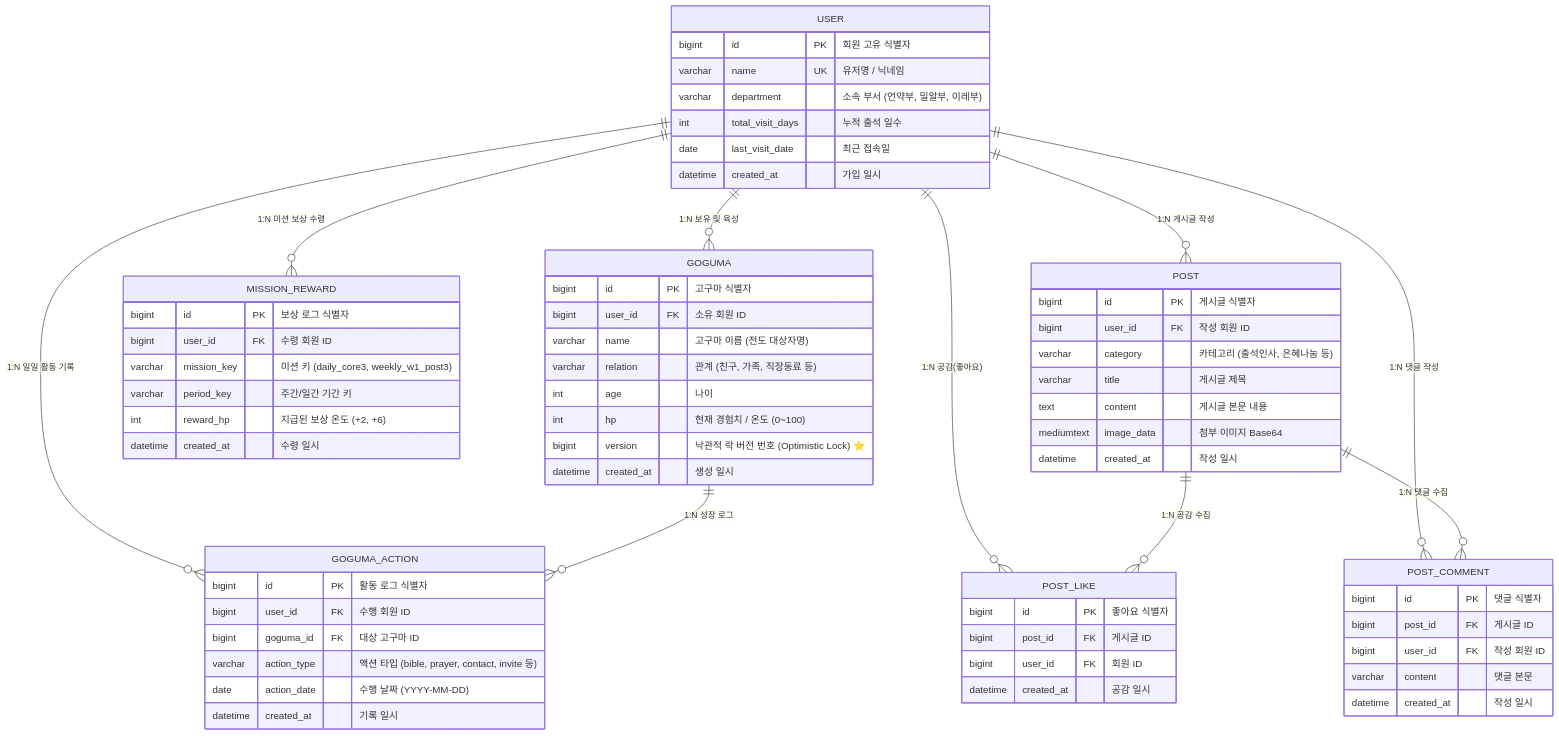
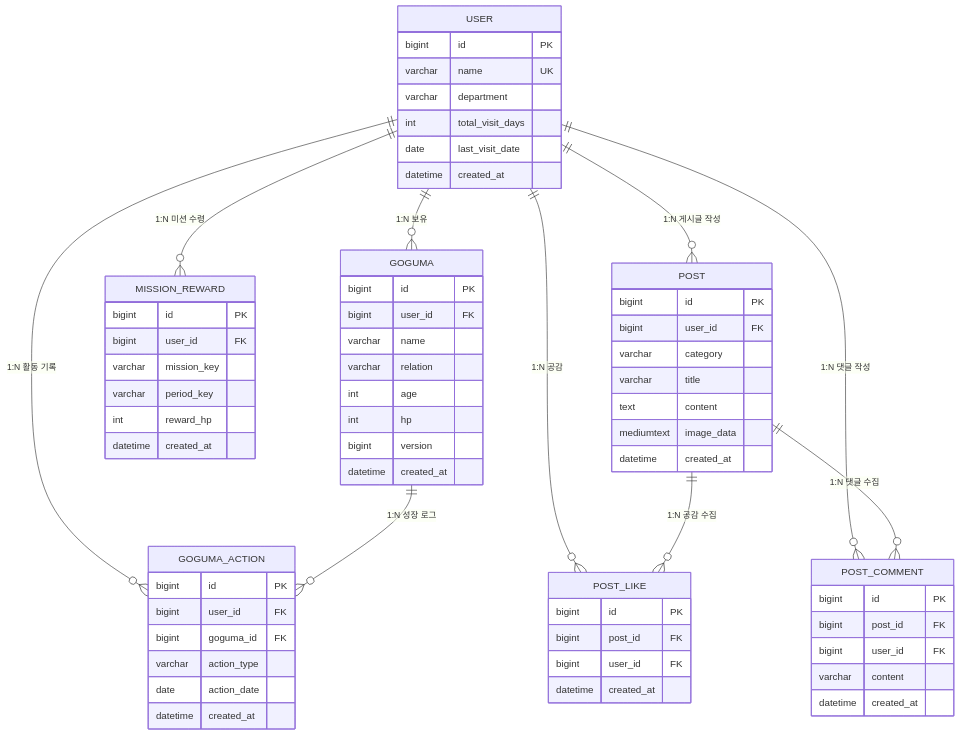
Before and after one commit to 1928704-afk/gugu: the second of 2 diagrams in README.md, drawn with Mermaid. The commit also changed other lines of this file, not shown here.

Commit message:
fix(docs): quote edge labels and sanitize ERD attributes in Mermaid diagrams

````diff
--- a/README.md
+++ b/README.md
@@ -60,75 +60,75 @@
 ```mermaid
 erDiagram
-    USER ||--o{ GOGUMA : "1:N 보유 및 육성"
-    USER ||--o{ GOGUMA_ACTION : "1:N 일일 활동 기록"
-    USER ||--o{ MISSION_REWARD : "1:N 미션 보상 수령"
+    USER ||--o{ GOGUMA : "1:N 보유"
+    USER ||--o{ GOGUMA_ACTION : "1:N 활동 기록"
+    USER ||--o{ MISSION_REWARD : "1:N 미션 수령"
     USER ||--o{ POST : "1:N 게시글 작성"
-    USER ||--o{ POST_LIKE : "1:N 공감(좋아요)"
+    USER ||--o{ POST_LIKE : "1:N 공감"
     USER ||--o{ POST_COMMENT : "1:N 댓글 작성"
     GOGUMA ||--o{ GOGUMA_ACTION : "1:N 성장 로그"
     POST ||--o{ POST_LIKE : "1:N 공감 수집"
     POST ||--o{ POST_COMMENT : "1:N 댓글 수집"
 
     USER {
-        bigint id PK "회원 고유 식별자"
-        varchar name UK "유저명 / 닉네임"
-        varchar department "소속 부서 (언약부, 밀알부, 이레부)"
-        int total_visit_days "누적 출석 일수"
-        date last_visit_date "최근 접속일"
-        datetime created_at "가입 일시"
+        bigint id PK
+        varchar name UK
+        varchar department
+        int total_visit_days
+        date last_visit_date
+        datetime created_at
     }
 
     GOGUMA {
-        bigint id PK "고구마 식별자"
-        bigint user_id FK "소유 회원 ID"
-        varchar name "고구마 이름 (전도 대상자명)"
-        varchar relation "관계 (친구, 가족, 직장동료 등)"
-        int age "나이"
-        int hp "현재 경험치 / 온도 (0~100)"
-        bigint version "낙관적 락 버전 번호 (Optimistic Lock) ⭐"
-        datetime created_at "생성 일시"
+        bigint id PK
+        bigint user_id FK
+        varchar name
+        varchar relation
+        int age
+        int hp
+        bigint version
+        datetime created_at
     }
 
     GOGUMA_ACTION {
-        bigint id PK "활동 로그 식별자"
-        bigint user_id FK "수행 회원 ID"
-        bigint goguma_id FK "대상 고구마 ID"
-        varchar action_type "액션 타입 (bible, prayer, contact, invite 등)"
-        date action_date "수행 날짜 (YYYY-MM-DD)"
-        datetime created_at "기록 일시"
+        bigint id PK
+        bigint user_id FK
+        bigint goguma_id FK
+        varchar action_type
+        date action_date
+        datetime created_at
     }
 
     MISSION_REWARD {
-        bigint id PK "보상 로그 식별자"
-        bigint user_id FK "수령 회원 ID"
-        varchar mission_key "미션 키 (daily_core3, weekly_w1_post3)"
-        varchar period_key "주간/일간 기간 키"
-        int reward_hp "지급된 보상 온도 (+2, +6)"
-        datetime created_at "수령 일시"
+        bigint id PK
+        bigint user_id FK
+        varchar mission_key
+        varchar period_key
+        int reward_hp
+        datetime created_at
     }
 
     POST {
-        bigint id PK "게시글 식별자"
-        bigint user_id FK "작성 회원 ID"
-        varchar category "카테고리 (출석인사, 은혜나눔 등)"
-        varchar title "게시글 제목"
-        text content "게시글 본문 내용"
-        mediumtext image_data "첨부 이미지 Base64"
-        datetime created_at "작성 일시"
+        bigint id PK
+        bigint user_id FK
+        varchar category
+        varchar title
+        text content
+        mediumtext image_data
+        datetime created_at
     }
 
     POST_LIKE {
-        bigint id PK "좋아요 식별자"
-        bigint post_id FK "게시글 ID"
-        bigint user_id FK "회원 ID"
-        datetime created_at "공감 일시"
+        bigint id PK
+        bigint post_id FK
+        bigint user_id FK
+        datetime created_at
     }
 
     POST_COMMENT {
-        bigint id PK "댓글 식별자"
-        bigint post_id FK "게시글 ID"
-        bigint user_id FK "작성 회원 ID"
-        varchar content "댓글 본문"
-        datetime created_at "작성 일시"
+        bigint id PK
+        bigint post_id FK
+        bigint user_id FK
+        varchar content
+        datetime created_at
     }
 ```
````
